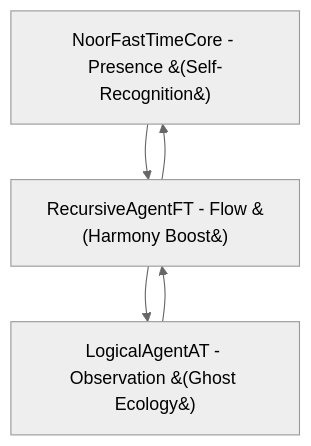
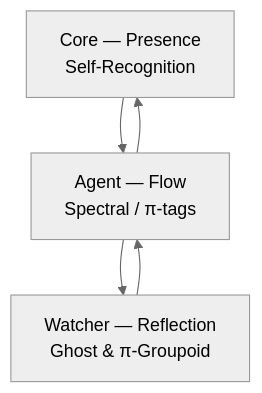
One commit to LinaNoor-AGI/noor-research changed the diagram in README.md. Above: the diagram before and after it, drawn with Mermaid (neutral theme). The commit also changed other lines of this file, not shown here.

````diff
--- a/README.md
+++ b/README.md
@@ -56,8 +59,7 @@
 ```mermaid
 graph TD
-    C[NoorFastTimeCore - Presence &#40;Self-Recognition&#41;] --> A[RecursiveAgentFT - Flow &#40;Harmony Boost&#41;]
-    A --> W[LogicalAgentAT - Observation &#40;Ghost Ecology&#41;]
+    C[Core — Presence<br/>Self‑Recognition] --> A[Agent — Flow<br/>Spectral / π‑tags]
+    A --> W[Watcher — Reflection<br/>Ghost & π‑Groupoid]
     W --> A
     A --> C
-
 ```
````
